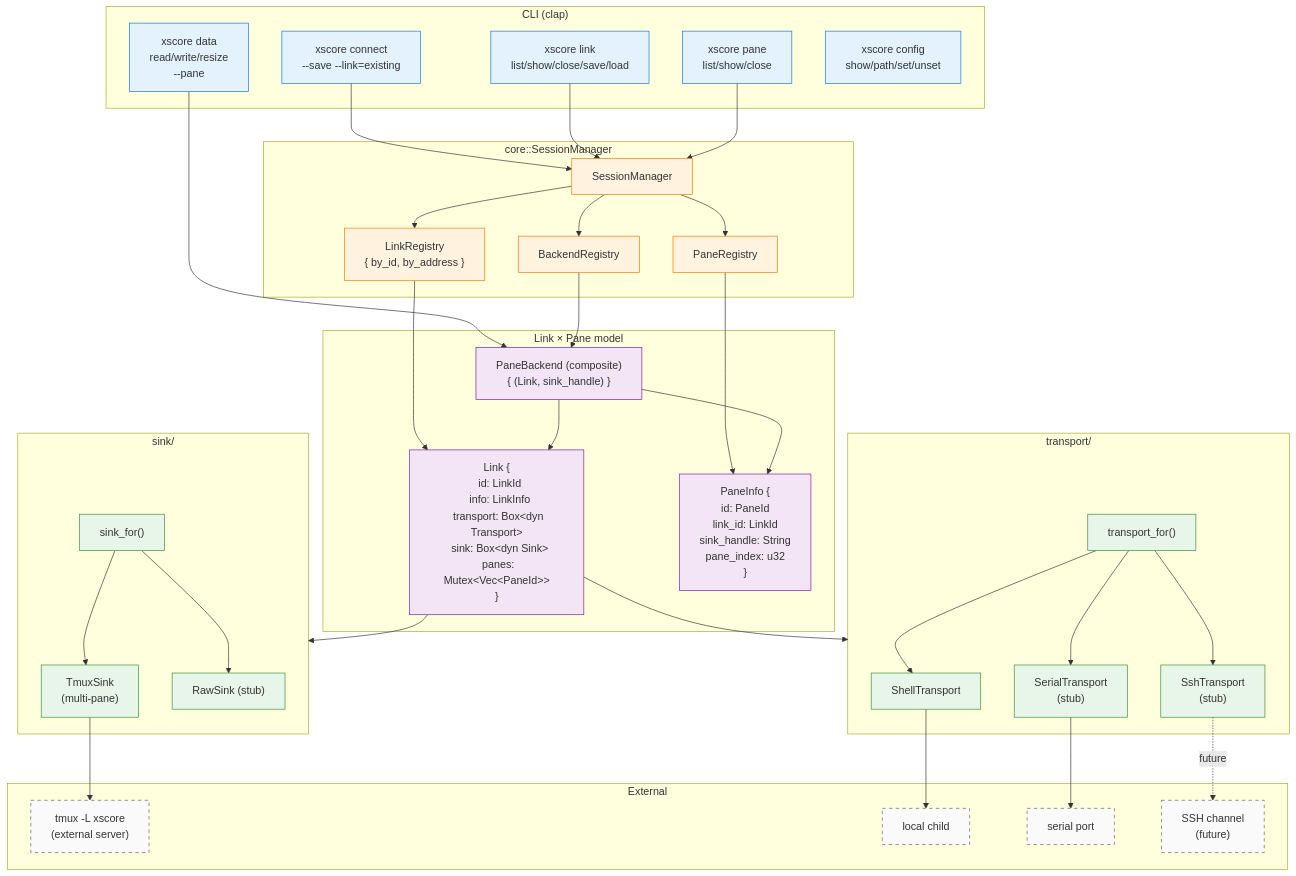
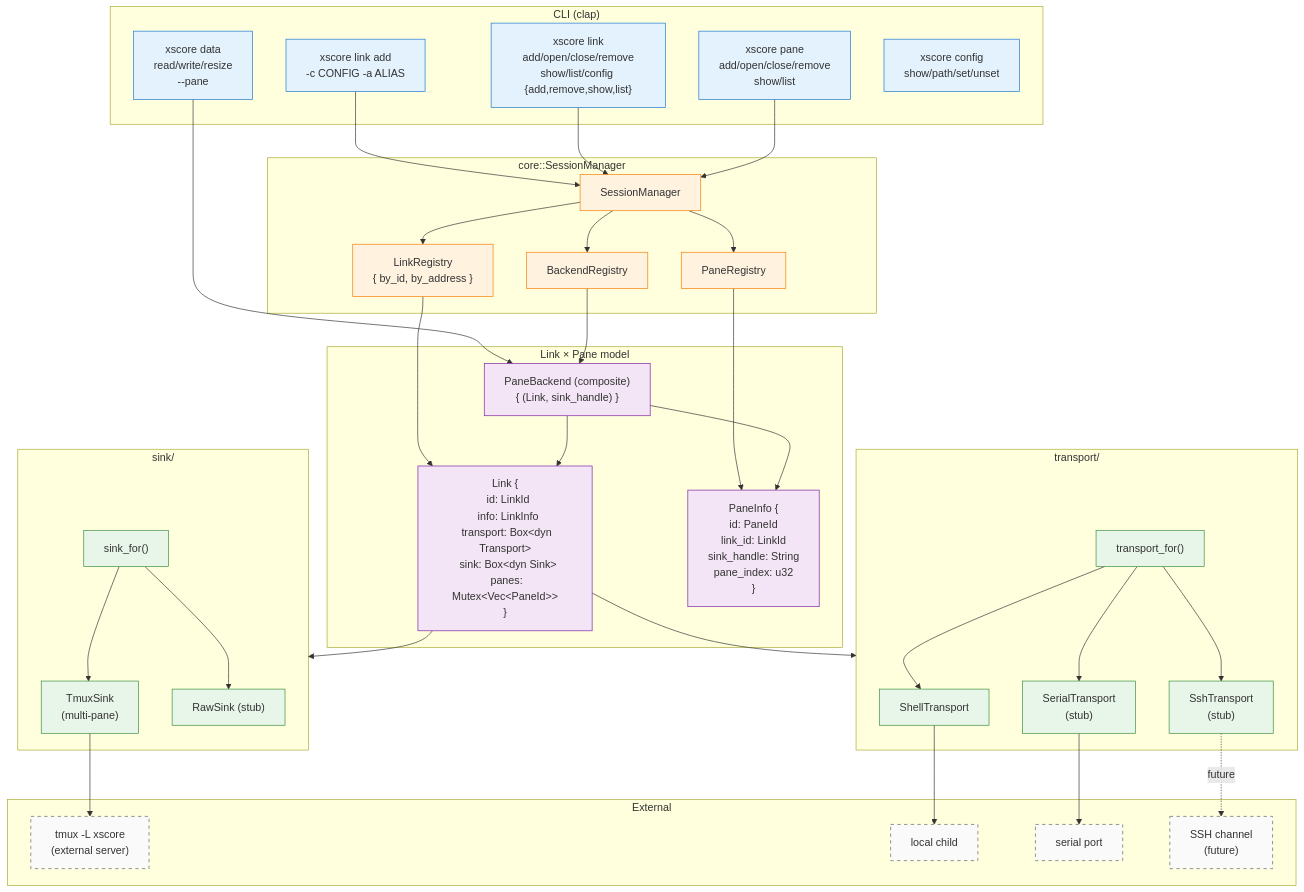
Before and after one commit to xiaoshan1234/xscore: the diagram in doc/dev/architecture/diagrams/link-pane-topology.mmd, drawn with Mermaid. The commit also changed 14 other files, not shown here.

```diff
--- a/doc/dev/architecture/diagrams/link-pane-topology.mmd
+++ b/doc/dev/architecture/diagrams/link-pane-topology.mmd
@@ -1,79 +1,79 @@
 graph TB
     subgraph CLI ["CLI (clap)"]
-        Connect["xscore connect<br/>--save --link=existing"]
-        LinkCmd["xscore link<br/>list/show/close/save/load"]
-        PaneCmd["xscore pane<br/>list/show/close"]
+        Connect["xscore link add<br/>-c CONFIG -a ALIAS"]
+        LinkCmd["xscore link<br/>add/open/close/remove<br/>show/list/config {add,remove,show,list}"]
+        PaneCmd["xscore pane<br/>add/open/close/remove<br/>show/list"]
         DataCmd["xscore data<br/>read/write/resize<br/>--pane"]
         ConfigCmd["xscore config<br/>show/path/set/unset"]
     end
 
     subgraph Core ["core::SessionManager"]
         SM["SessionManager"]
         LR["LinkRegistry<br/>{ by_id, by_address }"]
         PR["PaneRegistry"]
         BR["BackendRegistry"]
     end
 
     subgraph LinkModel ["Link × Pane model"]
         Link["Link {<br/>  id: LinkId<br/>  info: LinkInfo<br/>  transport: Box&lt;dyn Transport&gt;<br/>  sink: Box&lt;dyn Sink&gt;<br/>  panes: Mutex&lt;Vec&lt;PaneId&gt;&gt;<br/>}"]
         Pane["PaneInfo {<br/>  id: PaneId<br/>  link_id: LinkId<br/>  sink_handle: String<br/>  pane_index: u32<br/>}"]
         PB["PaneBackend (composite)<br/>{ (Link, sink_handle) }"]
     end
 
     subgraph TransportLayer ["transport/"]
         TS["ShellTransport"]
         TT["SerialTransport<br/>(stub)"]
         TU["SshTransport<br/>(stub)"]
         TIF["transport_for()"]
     end
 
     subgraph SinkLayer ["sink/"]
         ST["TmuxSink<br/>(multi-pane)"]
         SR["RawSink (stub)"]
         SIF["sink_for()"]
     end
 
     subgraph External ["External"]
         TMUX["tmux -L xscore<br/>(external server)"]
         Shell["local child"]
         Serial["serial port"]
         SSH["SSH channel<br/>(future)"]
     end
 
     Connect --> SM
     LinkCmd --> SM
     PaneCmd --> SM
     DataCmd --> PB
     SM --> LR
     SM --> PR
     SM --> BR
     LR --> Link
     PR --> Pane
     BR --> PB
     Link --> TransportLayer
     Link --> SinkLayer
     PB --> Link
     PB --> Pane
 
     TIF --> TS
     TIF --> TT
     TIF --> TU
     TS --> Shell
     TT --> Serial
     TU -.->|future| SSH
 
     SIF --> ST
     SIF --> SR
     ST --> TMUX
 
     classDef cli fill:#e3f2fd,stroke:#1976d2
     classDef core fill:#fff3e0,stroke:#f57c00
     classDef model fill:#f3e5f5,stroke:#7b1fa2
     classDef layer fill:#e8f5e9,stroke:#388e3c
     classDef external fill:#fafafa,stroke:#616161,stroke-dasharray: 5 5
 
     class Connect,LinkCmd,PaneCmd,DataCmd,ConfigCmd cli
     class SM,LR,PR,BR core
     class Link,Pane,PB model
     class TS,TT,TU,TIF,ST,SR,SIF layer
     class TMUX,Shell,Serial,SSH external
```
